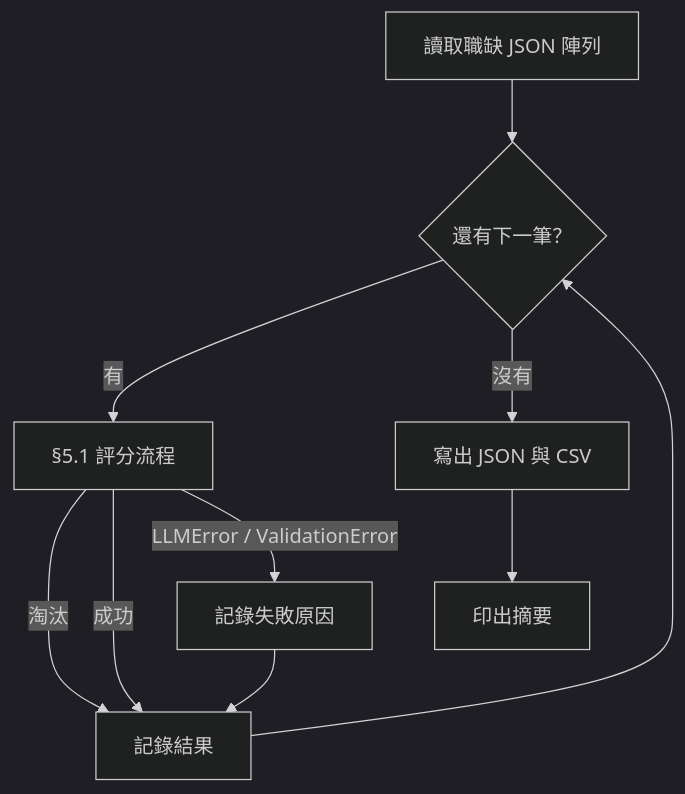
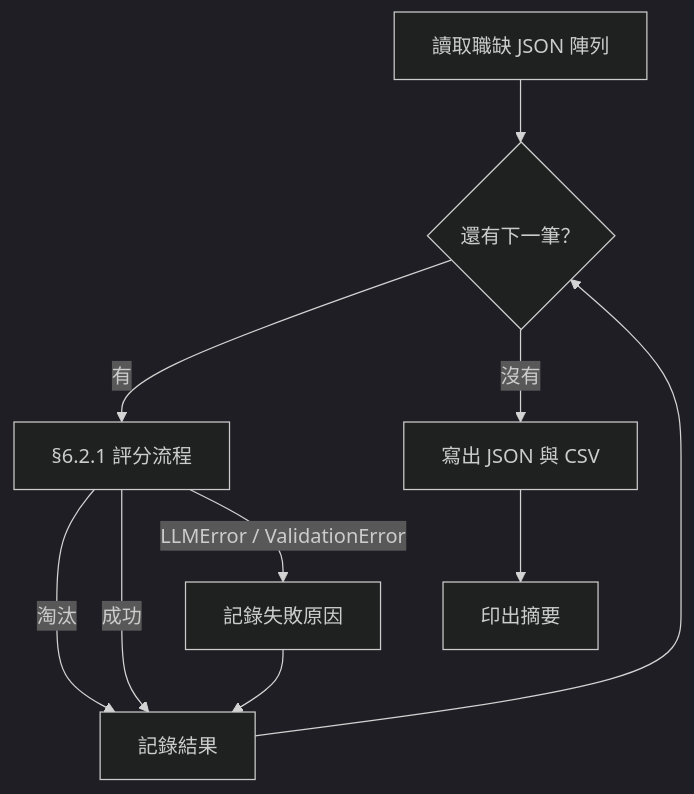
Before and after one commit to dlhdb/job-matching: the second of 3 diagrams in docs/features/F1-01-job-scoring.md, drawn with Mermaid (dark theme). The commit also changed other lines of this file and 9 other files, not shown here.

````diff
--- a/docs/features/F1-01-job-scoring.md
+++ b/docs/features/F1-01-job-scoring.md
@@ -438,10 +396,10 @@
 ```mermaid
 flowchart TD
     L[讀取職缺 JSON 陣列] --> N{還有下一筆？}
-    N -->|有| S["§5.1 評分流程"]
+    N -->|有| S["§6.2.1 評分流程"]
     S -->|淘汰| R[記錄結果]
     S -->|成功| R
     S -->|"LLMError / ValidationError"| E[記錄失敗原因] --> R
     R --> N
     N -->|沒有| W["寫出 JSON 與 CSV"] --> M[印出摘要]
 ```
````
